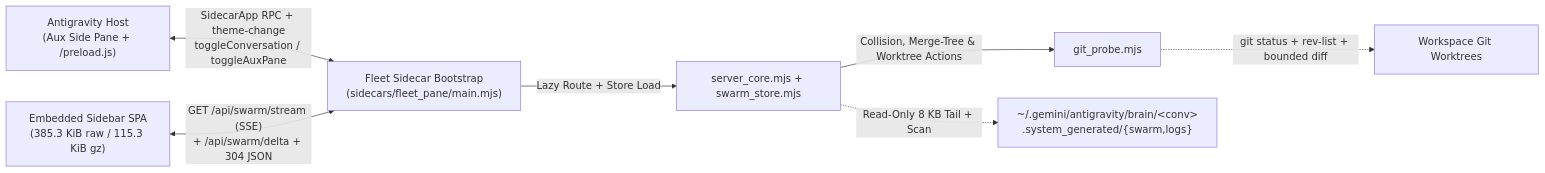
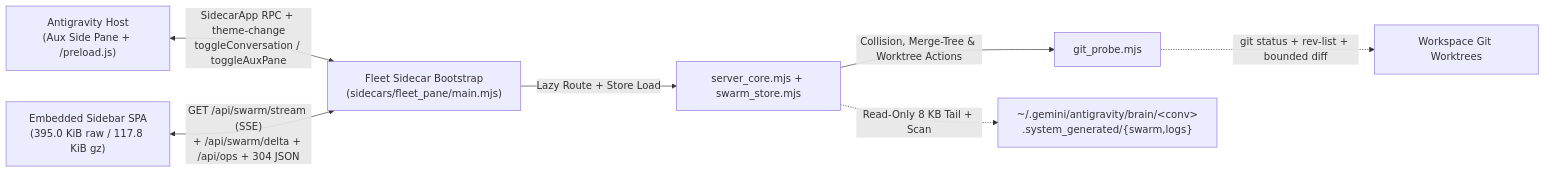
One commit to cayleb-james2008/dsh-fleet changed the diagram in README.md. Above: the diagram before and after it, drawn with Mermaid. The commit also changed other lines of this file and 21 other files, not shown here.

````diff
--- a/README.md
+++ b/README.md
@@ -118,9 +127,9 @@
 ```mermaid
 flowchart LR
     Host["Antigravity Host<br/>(Aux Side Pane + /preload.js)"] <-->|"SidecarApp RPC + theme-change<br/>toggleConversation / toggleAuxPane"| Backend["Fleet Sidecar Bootstrap<br/>(sidecars/fleet_pane/main.mjs)"]
-    UI["Embedded Sidebar SPA<br/>(385.3 KiB raw / 115.3 KiB gz)"] <-->|"GET /api/swarm/stream (SSE)<br/>+ /api/swarm/delta + 304 JSON"| Backend
+    UI["Embedded Sidebar SPA<br/>(395.0 KiB raw / 117.8 KiB gz)"] <-->|"GET /api/swarm/stream (SSE)<br/>+ /api/swarm/delta + /api/ops + 304 JSON"| Backend
     Backend -->|"Lazy Route + Store Load"| Core["server_core.mjs + swarm_store.mjs"]
     Core -->|"Collision, Merge-Tree & Worktree Actions"| Git["git_probe.mjs"]
     Core -.->|"Read-Only 8 KB Tail + Scan"| Brain["~/.gemini/antigravity/brain/&lt;conv&gt;<br/>.system_generated/{swarm,logs}"]
     Git -.->|"git status + rev-list + bounded diff"| WT["Workspace Git Worktrees"]
 ```
````
